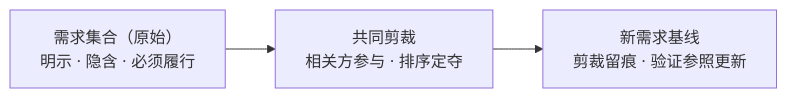
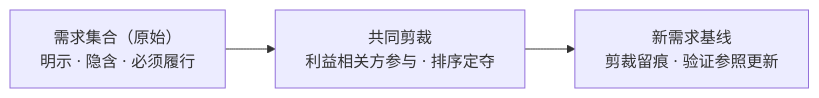
Before and after one commit to Yongjunzhou/AOS-system-design: diagram 15 of 17 in 100-subprojects/01-系统工程研究/00-系统工程相关研究报告/01-设计开发概念研究报告-从需求到质量基座.md, drawn with Mermaid. The commit also changed other lines of this file and 35 other files, not shown here.

````diff
--- a/100-subprojects/01-系统工程研究/00-系统工程相关研究报告/01-设计开发概念研究报告-从需求到质量基座.md
+++ b/100-subprojects/01-系统工程研究/00-系统工程相关研究报告/01-设计开发概念研究报告-从需求到质量基座.md
@@ -699,5 +701,5 @@
 ```mermaid
 flowchart LR
-    A["需求集合（原始）<br/>明示 · 隐含 · 必须履行"] --> B["共同剪裁<br/>相关方参与 · 排序定夺"]
+    A["需求集合（原始）<br/>明示 · 隐含 · 必须履行"] --> B["共同剪裁<br/>利益相关方参与 · 排序定夺"]
     B --> C["新需求基线<br/>剪裁留痕 · 验证参照更新"]
 ```
````
